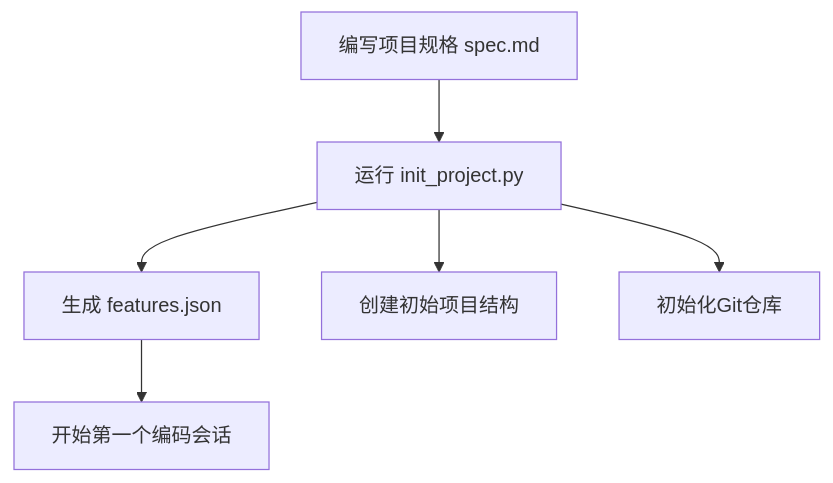
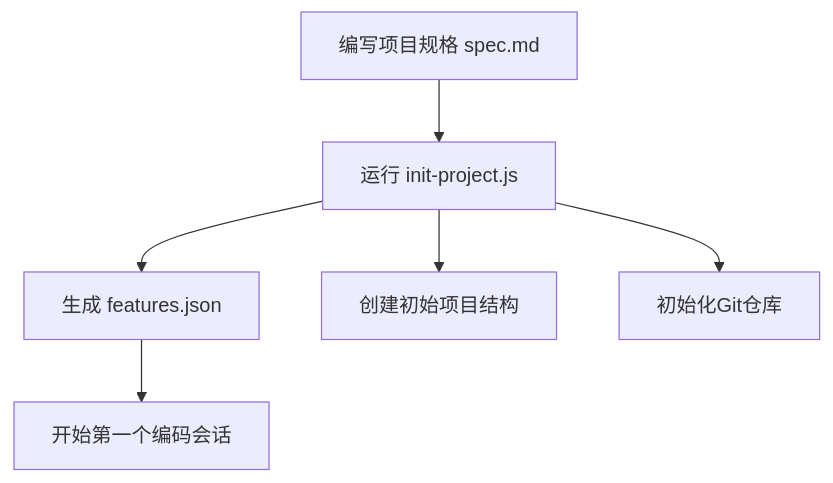
Before and after one commit to CCharlesMeng/pep-components-svelte: the first of 2 diagrams in .ai-workflow/README.md, drawn with Mermaid. The commit also changed other lines of this file and 44 other files, not shown here.

````diff
--- a/.ai-workflow/README.md
+++ b/.ai-workflow/README.md
@@ -199,8 +199,8 @@
 ```mermaid
 graph TD
-    A[编写项目规格 spec.md] --> B[运行 init_project.py]
+    A[编写项目规格 spec.md] --> B[运行 init-project.js]
     B --> C[生成 features.json]
     B --> D[创建初始项目结构]
     B --> E[初始化Git仓库]
     C --> F[开始第一个编码会话]
 ```
````
